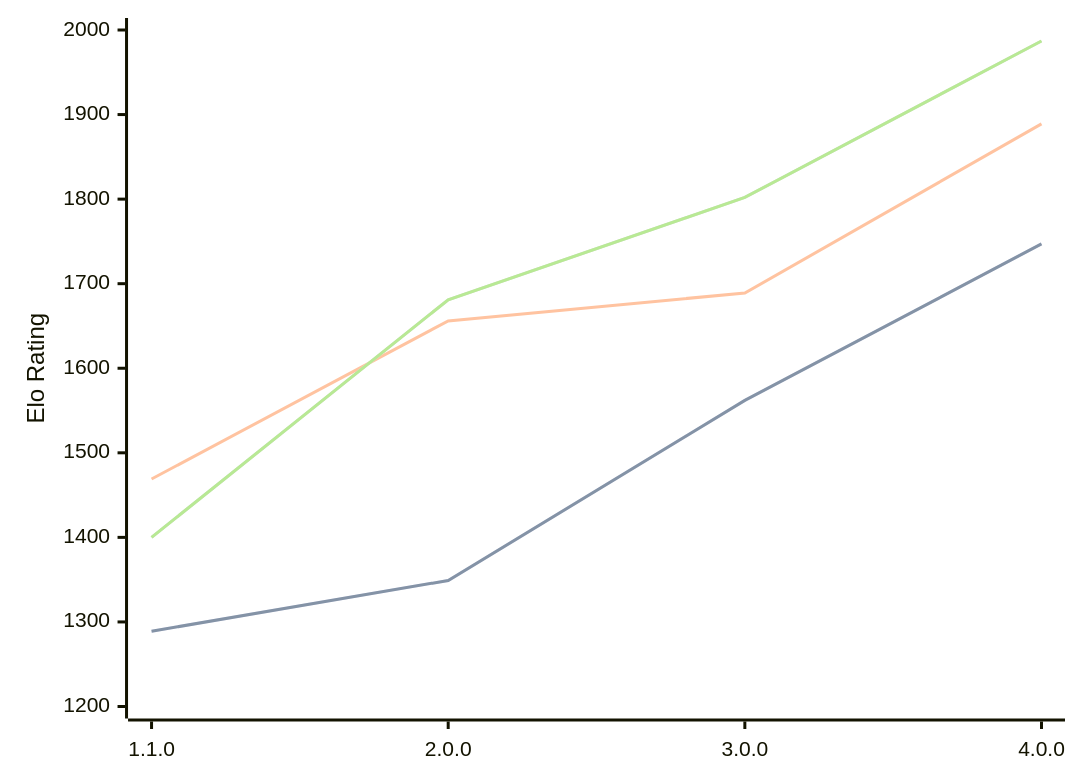
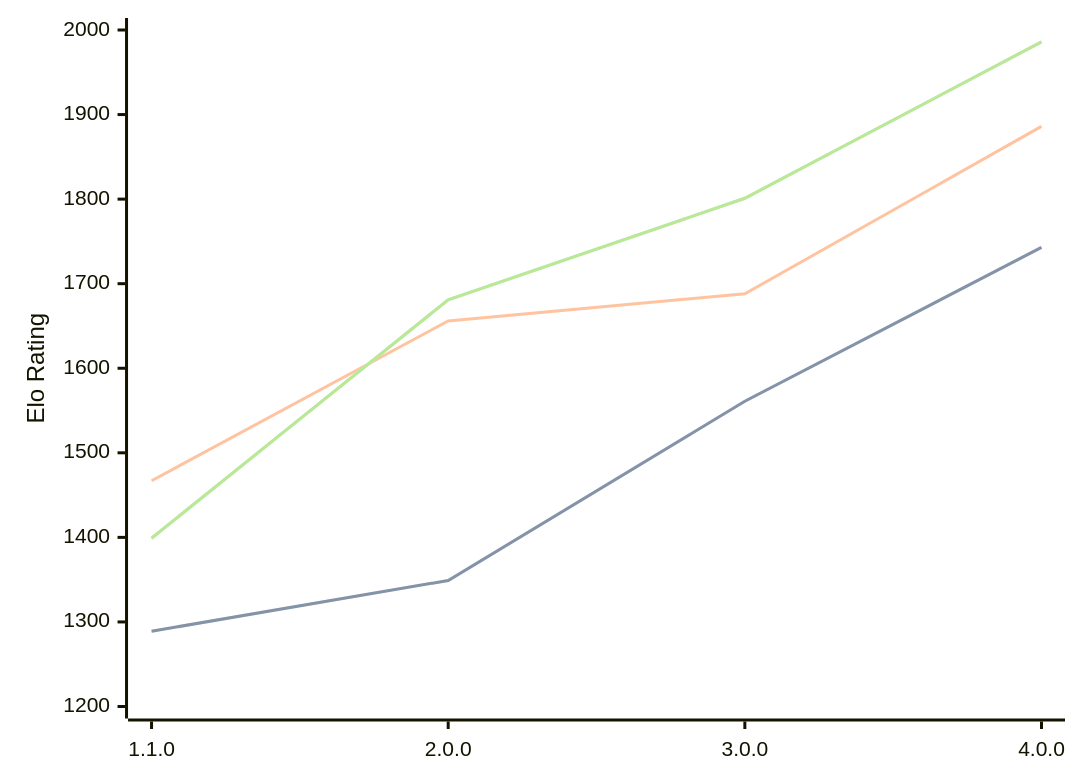
One commit to computer-chess-index/cci changed the diagram in engines/Laura.md. Above: the diagram before and after it, drawn with Mermaid. The commit also changed other lines of this file, not shown here.

Commit message:
Update CCI Ratings (ELO VLTC) - 2026-08-04

````diff
--- a/engines/Laura.md
+++ b/engines/Laura.md
@@ -35,11 +35,11 @@
 ```mermaid
 %%{init: {"theme":"base","themeVariables":{"seriesColors:['#a3a3a3','#222221','#faa371']}}}%%
 xychart-beta
   x-axis ["1.1.0", "2.0.0", "3.0.0", "4.0.0"]
   y-axis "Elo Rating" 1200 --> 2000
-  line "STC (8.0+0.08s)" [1289, 1349, 1562, 1747]
-  line "STC (8.0+0.08s)" [1289, 1349, 1562, 1747]
-  line "LTC (60.0+0.60s)" [1469, 1656, 1689, 1889]
-  line "VLTC (2m24s+1.12s)" [1400, 1681, 1802, 1987]
-  line "VLTC (2m24s+1.12s)" [1400, 1681, 1802, 1987]
+  line "STC (8.0+0.08s)" [1289, 1349, 1561, 1743]
+  line "STC (8.0+0.08s)" [1289, 1349, 1561, 1743]
+  line "LTC (60.0+0.60s)" [1467, 1656, 1688, 1886]
+  line "VLTC (2m24s+1.12s)" [1399, 1681, 1801, 1986]
+  line "VLTC (2m24s+1.12s)" [1399, 1681, 1801, 1986]
 ```
````
